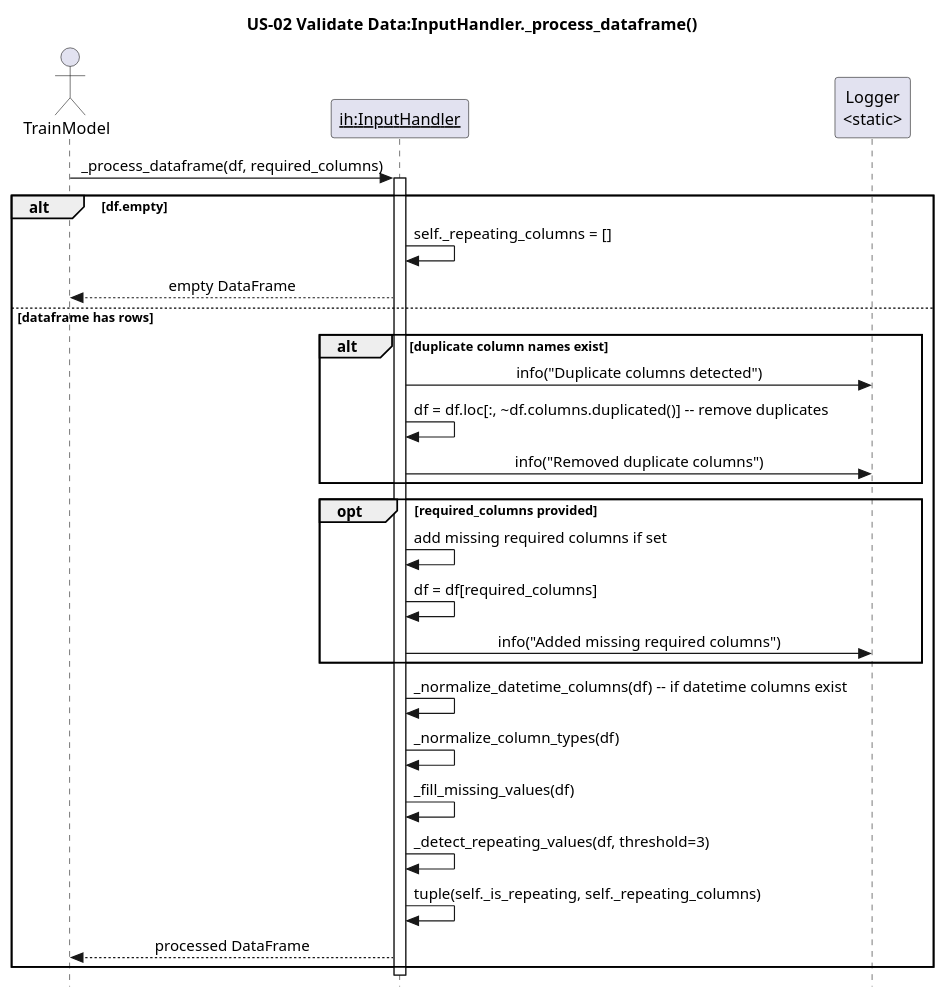
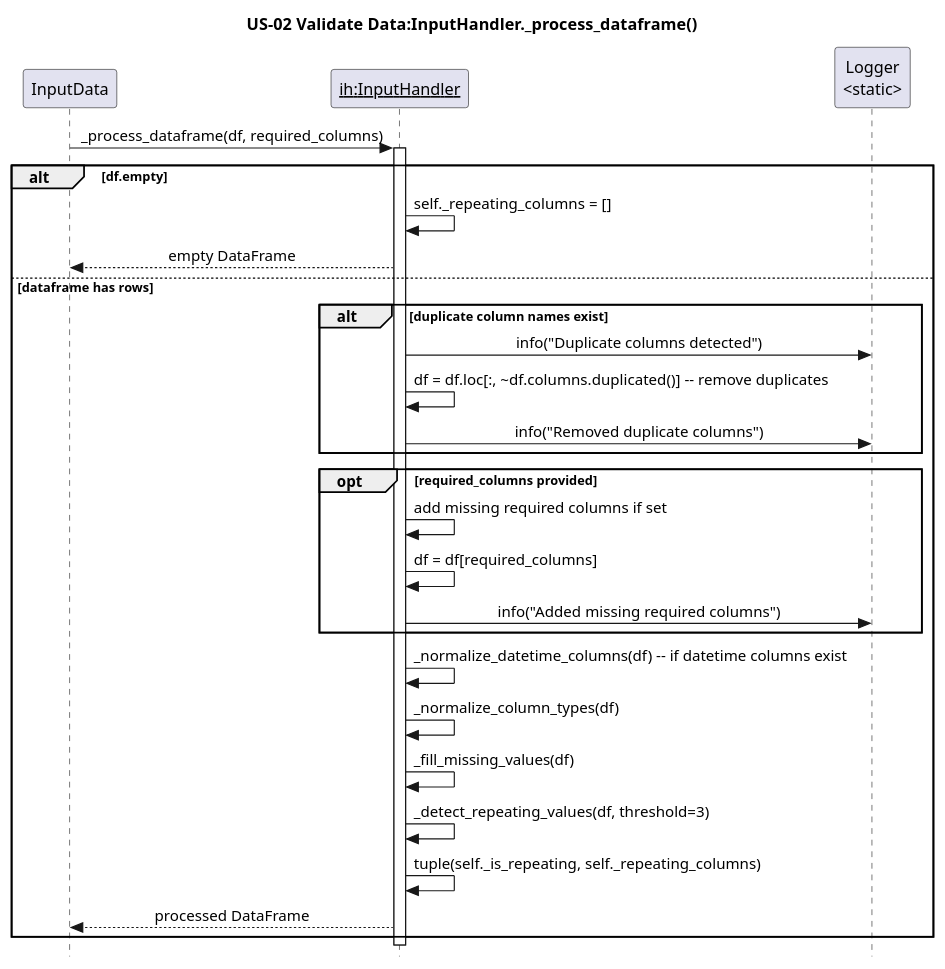
The diagram in docs/puml/US/us-02.puml (egrembocki/htmrl), drawn with PlantUML before and after one commit. The commit also changed 3 other files, not shown here.

```diff
--- a/docs/puml/US/us-02.puml
+++ b/docs/puml/US/us-02.puml
@@ -1,39 +1,39 @@
 @startuml
 skinparam style strictuml
 skinparam sequenceMessageAlign center
 skinparam responseMessageBelowArrow true
 title US-02 Validate Data:InputHandler._process_dataframe()
 
-actor TrainModel
+participant InputData
 participant "<u>ih:InputHandler</u>" as IH
 participant "Logger\n<static>" as LOG
 
-TrainModel -> IH: _process_dataframe(df, required_columns)
+InputData -> IH: _process_dataframe(df, required_columns)
 activate IH
 
 alt df.empty
   IH -> IH: self._repeating_columns = []
-  IH --> TrainModel: empty DataFrame
+  IH --> InputData: empty DataFrame
 else dataframe has rows
   alt duplicate column names exist
     IH -> LOG: info("Duplicate columns detected")
     IH -> IH: df = df.loc[:, ~df.columns.duplicated()] -- remove duplicates
     IH -> LOG: info("Removed duplicate columns")
   end
 
   opt required_columns provided
     IH -> IH: add missing required columns if set
     IH -> IH: df = df[required_columns]
     IH -> LOG: info("Added missing required columns")
   end
 
   IH -> IH: _normalize_datetime_columns(df) -- if datetime columns exist
   IH -> IH: _normalize_column_types(df)
   IH -> IH: _fill_missing_values(df)
   IH -> IH: _detect_repeating_values(df, threshold=3)
   IH -> IH: tuple(self._is_repeating, self._repeating_columns)
-  IH --> TrainModel: processed DataFrame
+  IH --> InputData: processed DataFrame
 end
 
 deactivate IH
 @enduml
```
